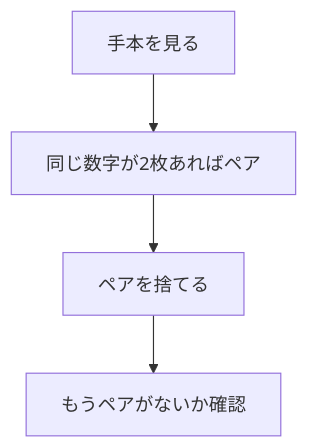
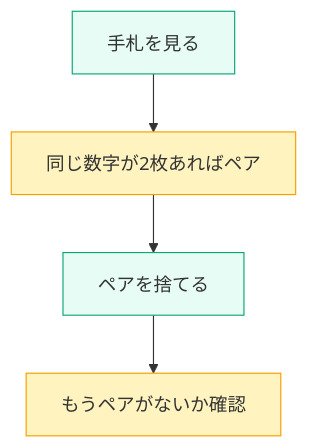
One commit to pochang6/education-notes changed the second of 4 diagrams in ばば抜きのアルゴリズム.md. Above: the diagram before and after it, drawn with Mermaid. The commit also changed other lines of this file, not shown here.

````diff
--- a/ばば抜きのアルゴリズム.md
+++ b/ばば抜きのアルゴリズム.md
@@ -28,6 +31,9 @@
 ```mermaid
 flowchart TD
-  A[手本を見る] --> B[同じ数字が2枚あればペア]
-  B --> C[ペアを捨てる]
-  C --> D[もうペアがないか確認]
+  A[手札を見る]:::process --> B[同じ数字が2枚あればペア]:::decision
+  B --> C[ペアを捨てる]:::process
+  C --> D[もうペアがないか確認]:::decision
+
+  classDef process fill:#e6fcf5,stroke:#0ca678,stroke-width:1px;
+  classDef decision fill:#fff3bf,stroke:#f59f00,stroke-width:1px;
 ```
````
